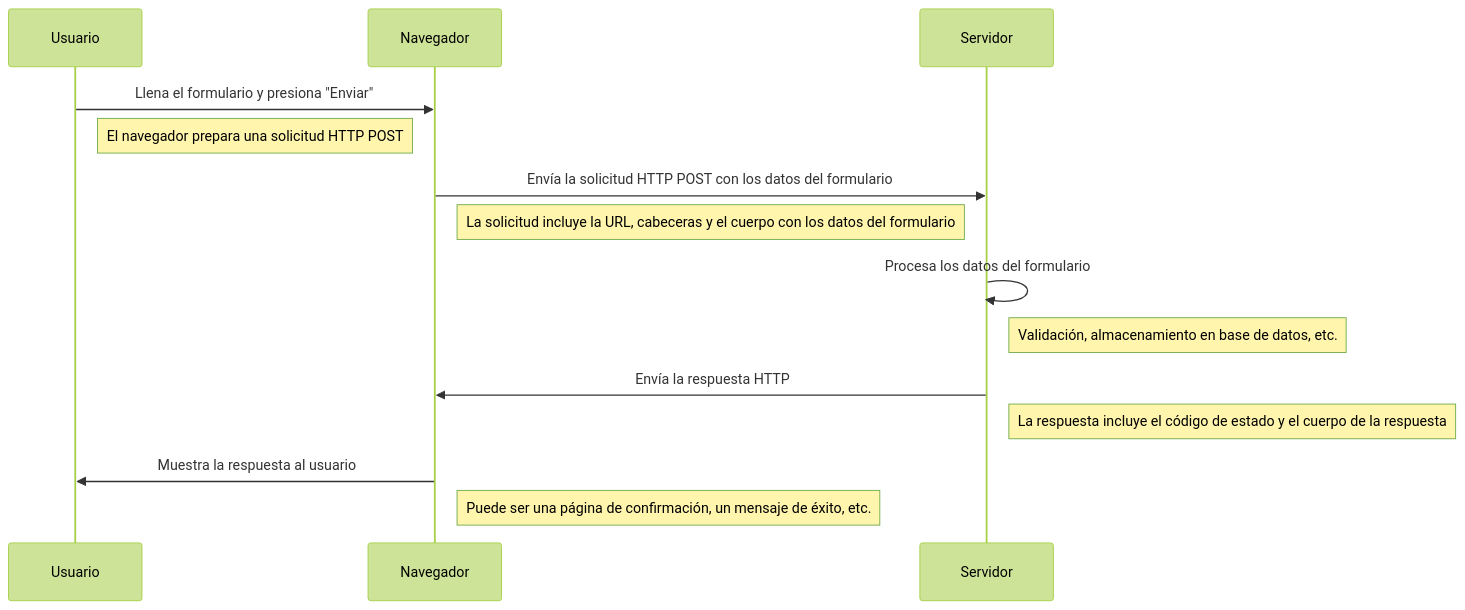
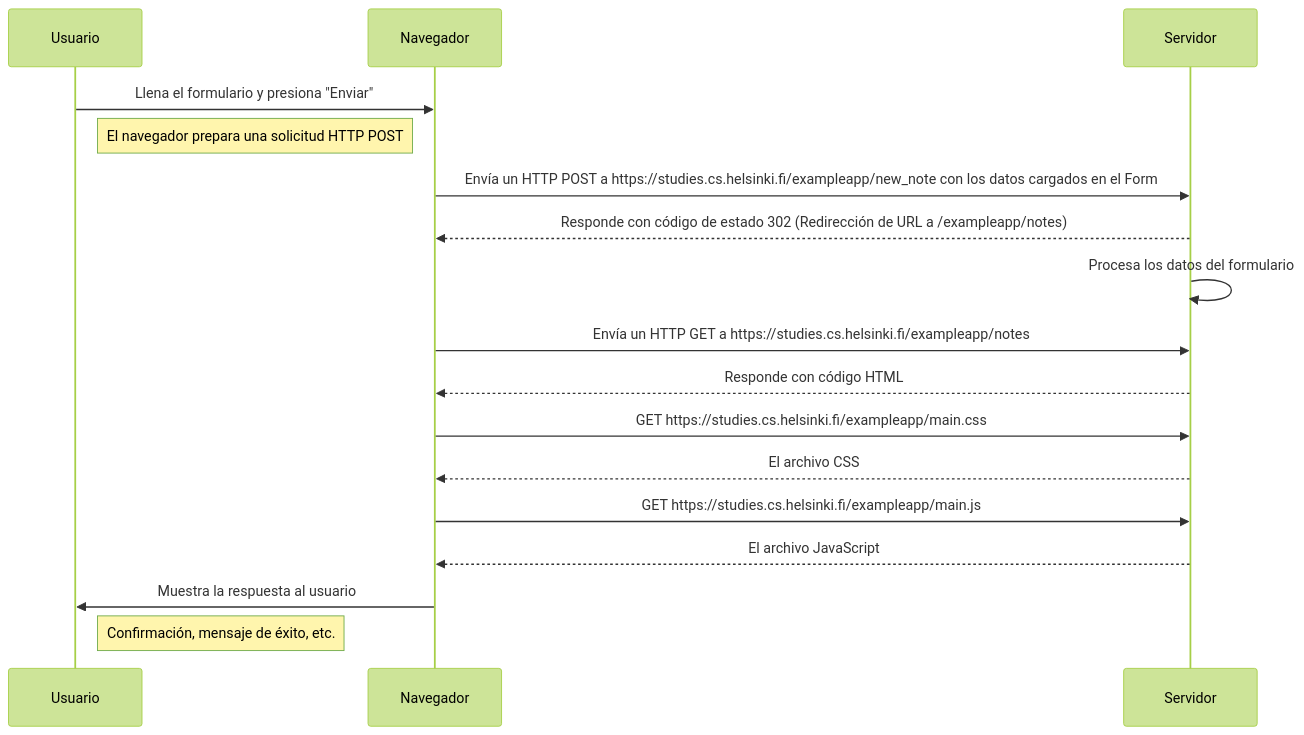
The diagram in part0/04_NuevoDiagramaDeNota.md (narielponce/HelsinkiUniversityfullstackCourse), drawn with Mermaid (forest theme) before and after one commit.

````diff
--- a/part0/04_NuevoDiagramaDeNota.md
+++ b/part0/04_NuevoDiagramaDeNota.md
@@ -5,21 +5,26 @@
 ```mermaid
 sequenceDiagram
     participant Usuario
     participant Navegador
     participant Servidor
 
     Usuario ->> Navegador: Llena el formulario y presiona "Enviar"
     Note right of Usuario: El navegador prepara una solicitud HTTP POST
     
-    Navegador ->> Servidor: Envía la solicitud HTTP POST con los datos del formulario
-    Note right of Navegador: La solicitud incluye la URL, cabeceras y el cuerpo con los datos del formulario
+    Navegador ->> Servidor: Envía un HTTP POST a https://studies.cs.helsinki.fi/exampleapp/new_note con los datos cargados en el Form
+    Servidor -->> Navegador: Responde con código de estado 302 (Redirección de URL a /exampleapp/notes)
     
     Servidor ->> Servidor: Procesa los datos del formulario
-    Note right of Servidor: Validación, almacenamiento en base de datos, etc.
+
+    Navegador ->> Servidor: Envía un HTTP GET a https://studies.cs.helsinki.fi/exampleapp/notes
+    Servidor -->> Navegador: Responde con código HTML
+
+    Navegador ->> Servidor: GET https://studies.cs.helsinki.fi/exampleapp/main.css
+    Servidor -->> Navegador: El archivo CSS
     
-    Servidor ->> Navegador: Envía la respuesta HTTP
-    Note right of Servidor: La respuesta incluye el código de estado y el cuerpo de la respuesta
-    
+    Navegador ->> Servidor: GET https://studies.cs.helsinki.fi/exampleapp/main.js
+    Servidor -->> Navegador: El archivo JavaScript
+ 
     Navegador ->> Usuario: Muestra la respuesta al usuario
-    Note right of Navegador: Puede ser una página de confirmación, un mensaje de éxito, etc.
+    Note right of Usuario: Confirmación, mensaje de éxito, etc.
 ```
````
